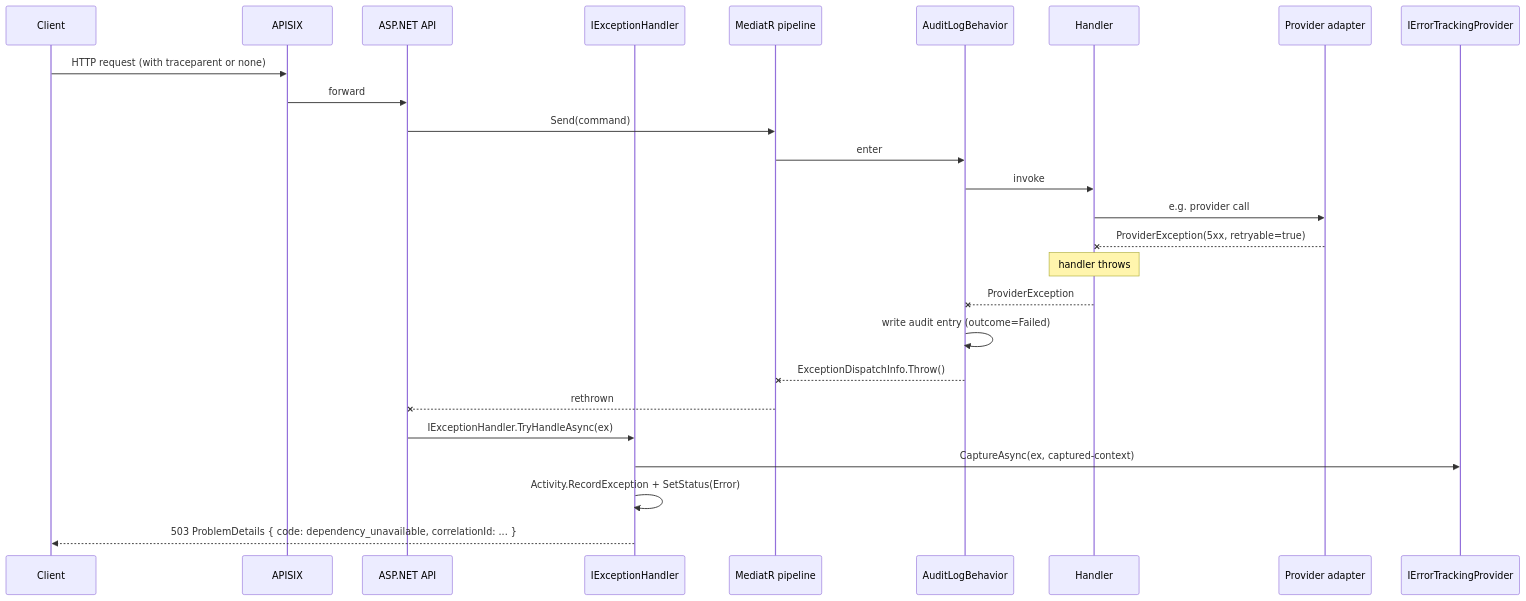
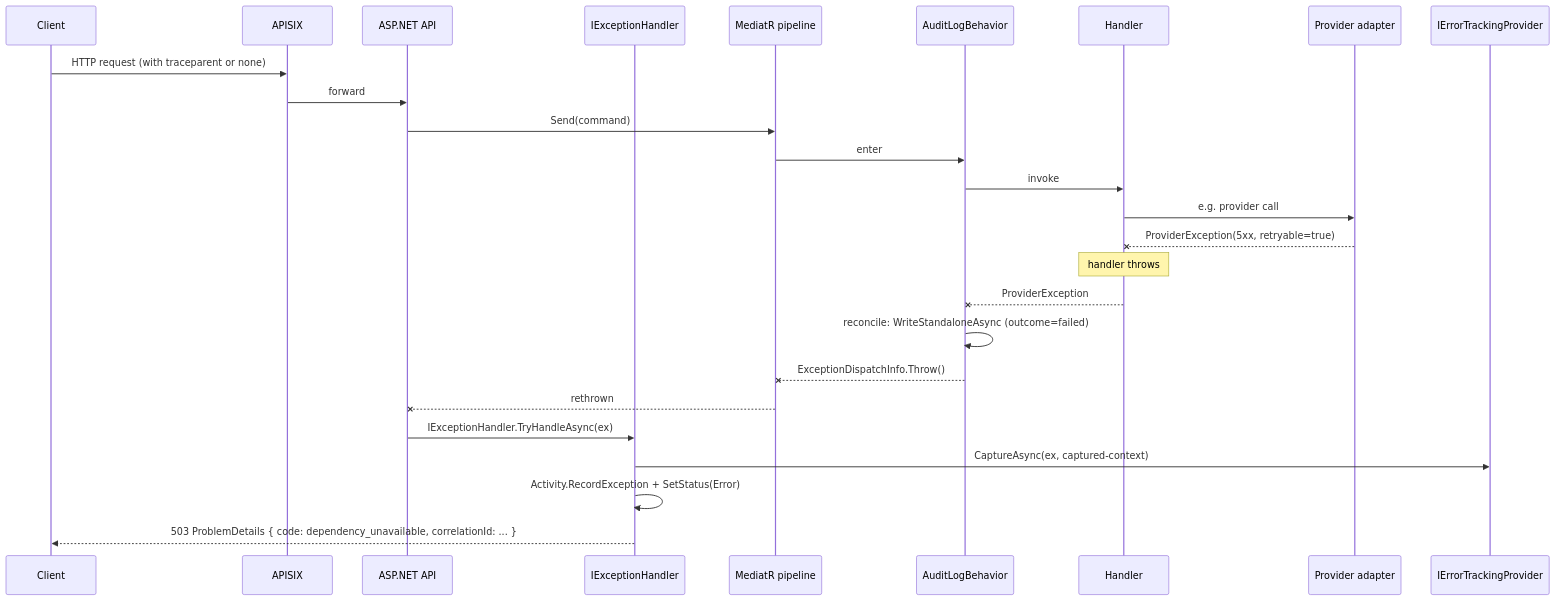
One commit to HodeTech/LearnStack changed the second of 7 diagrams in docs/architecture/33-cross-cutting-concerns.md. Above: the diagram before and after it, drawn with Mermaid. The commit also changed other lines of this file and 30 other files, not shown here.

````diff
--- a/docs/architecture/33-cross-cutting-concerns.md
+++ b/docs/architecture/33-cross-cutting-concerns.md
@@ -152,29 +203,29 @@
 ```mermaid
 sequenceDiagram
     participant Client
     participant APISIX
     participant API as ASP.NET API
     participant L1 as IExceptionHandler
     participant Pipeline as MediatR pipeline
     participant Audit as AuditLogBehavior
     participant Handler
     participant Adapter as Provider adapter
     participant Tracker as IErrorTrackingProvider
 
     Client->>APISIX: HTTP request (with traceparent or none)
     APISIX->>API: forward
     API->>Pipeline: Send(command)
     Pipeline->>Audit: enter
     Audit->>Handler: invoke
     Handler->>Adapter: e.g. provider call
     Adapter--xHandler: ProviderException(5xx, retryable=true)
     Note over Handler: handler throws
     Handler--xAudit: ProviderException
-    Audit->>Audit: write audit entry (outcome=Failed)
+    Audit->>Audit: reconcile: WriteStandaloneAsync (outcome=failed)
     Audit--xPipeline: ExceptionDispatchInfo.Throw()
     Pipeline--xAPI: rethrown
     API->>L1: IExceptionHandler.TryHandleAsync(ex)
     L1->>Tracker: CaptureAsync(ex, captured-context)
     L1->>L1: Activity.RecordException + SetStatus(Error)
     L1-->>Client: 503 ProblemDetails { code: dependency_unavailable, correlationId: ... }
 ```
````
